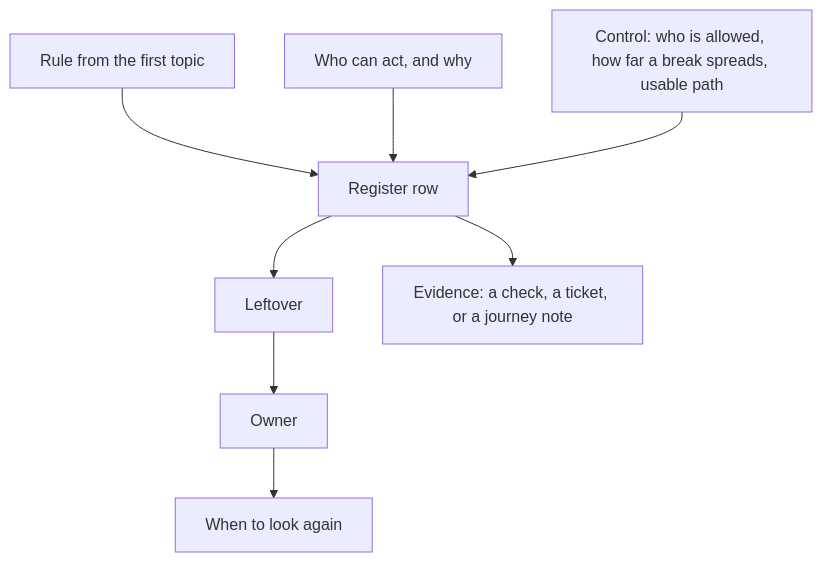
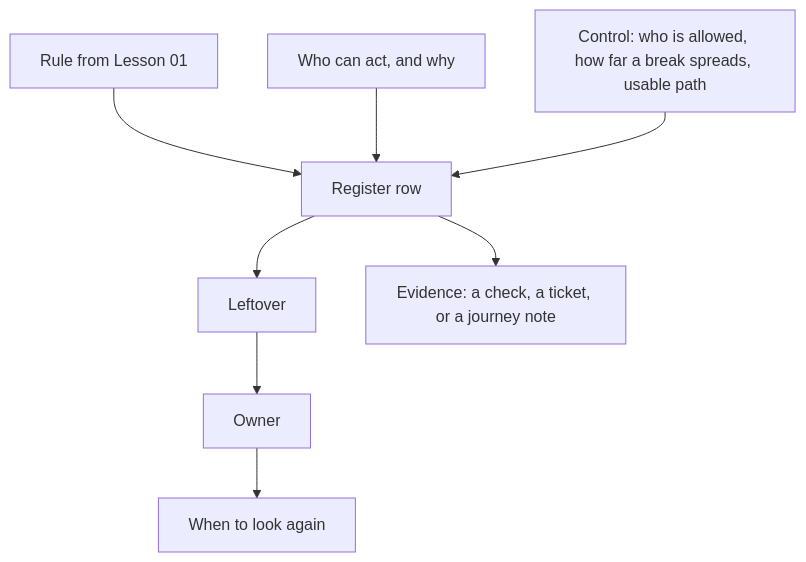
The diagram in content/modules/1/1.4/lessons/02-model.md (ishitvagoel/LearnSecurity), drawn with Mermaid before and after one commit. The commit also changed other lines of this file and 18 other files, not shown here.

````diff
--- a/content/modules/1/1.4/lessons/02-model.md
+++ b/content/modules/1/1.4/lessons/02-model.md
@@ -16,10 +18,10 @@
 ```mermaid
 flowchart TD
-  I[Rule from the first topic] --> Row[Register row]
+  I[Rule from Lesson 01] --> Row[Register row]
   A[Who can act, and why] --> Row
   K[Control: who is allowed, how far a break spreads, usable path] --> Row
   Row --> R[Leftover]
   R --> Own[Owner]
   Own --> T[When to look again]
   Row --> E[Evidence: a check, a ticket, or a journey note]
 ```
````
